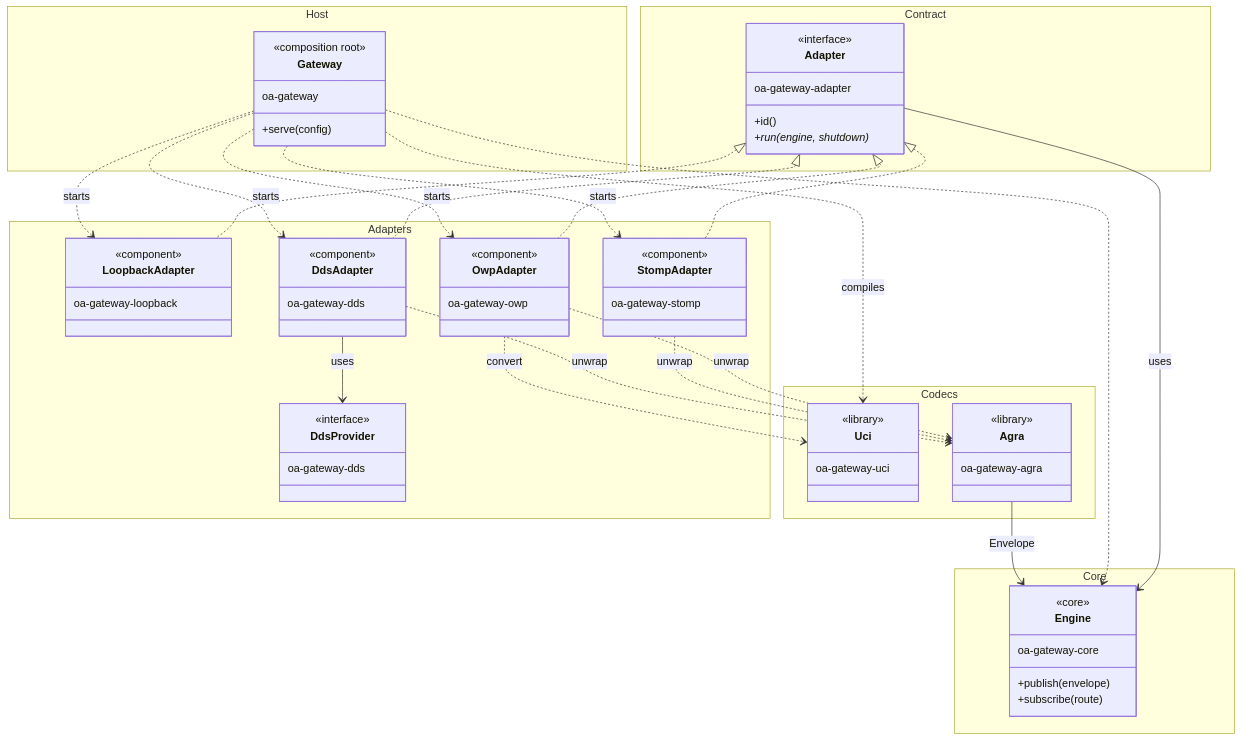
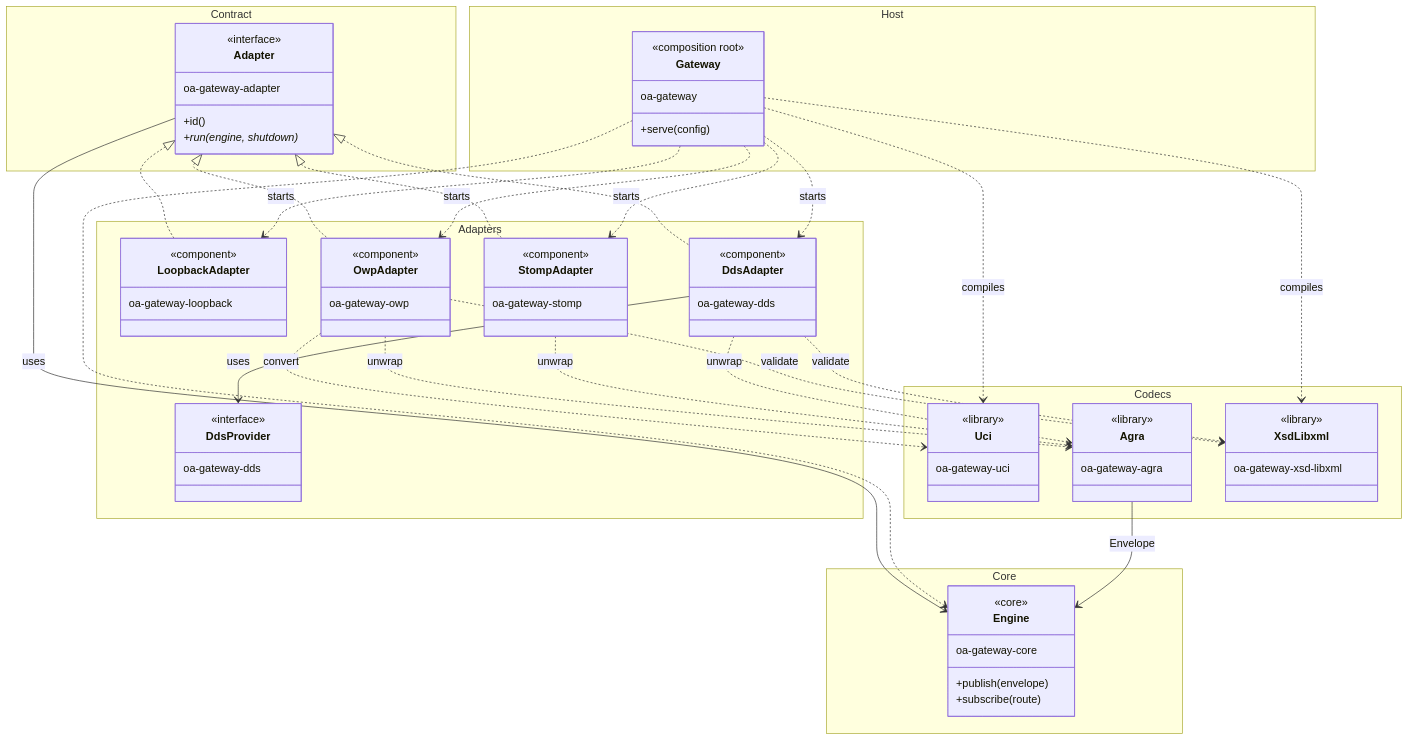
Before and after one commit to OpenAutonomy/oa-gateway: the first of 2 diagrams in docs/architecture.md, drawn with Mermaid. The commit also changed other lines of this file and 46 other files, not shown here.

First line of the commit message:
Replace the hand-rolled XSD validator with libxml2 (#66)

````diff
--- a/docs/architecture.md
+++ b/docs/architecture.md
@@ -61,6 +61,10 @@
             <<library>>
             oa-gateway-agra
         }
+        class XsdLibxml {
+            <<library>>
+            oa-gateway-xsd-libxml
+        }
     }
 
     namespace Core {
@@ -84,9 +88,12 @@
     Gateway ..> DdsAdapter : starts
     Gateway ..> Engine
     Gateway ..> Uci : compiles
+    Gateway ..> XsdLibxml : compiles
     OwpAdapter ..> Uci : convert
+    OwpAdapter ..> XsdLibxml : validate
     OwpAdapter ..> Agra : unwrap
     StompAdapter ..> Agra : unwrap
+    DdsAdapter ..> XsdLibxml : validate
     DdsAdapter ..> Agra : unwrap
     Agra --> Engine : Envelope
 ```
````
